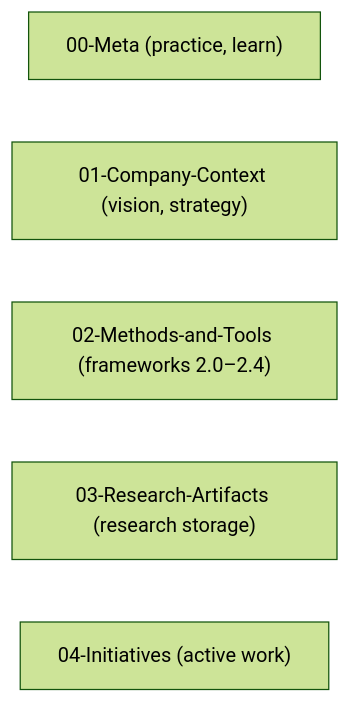
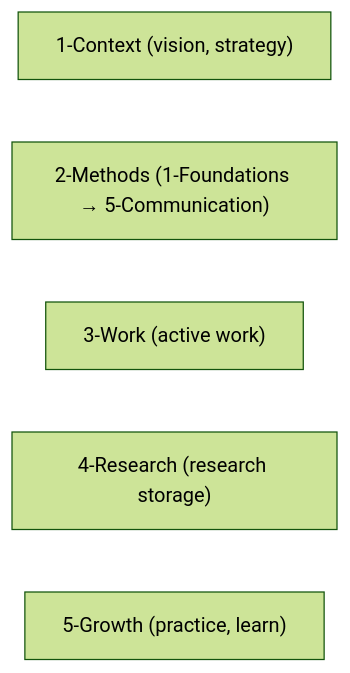
One commit to andreaskelm/pm-brain changed the fourth of 9 diagrams in docs/architecture.md. Above: the diagram before and after it, drawn with Mermaid (forest theme). The commit also changed other lines of this file and 644 other files, not shown here.

````diff
--- a/docs/architecture.md
+++ b/docs/architecture.md
@@ -187,8 +186,8 @@
 ```mermaid
 flowchart LR
-  Meta["00-Meta (practice, learn)"]
-  Company["01-Company-Context (vision, strategy)"]
-  Methods["02-Methods-and-Tools (frameworks 2.0–2.4)"]
-  Research["03-Research-Artifacts (research storage)"]
-  Initiatives["04-Initiatives (active work)"]
+  C1["1-Context (vision, strategy)"]
+  C2["2-Methods (1-Foundations → 5-Communication)"]
+  C3["3-Work (active work)"]
+  C4["4-Research (research storage)"]
+  C5["5-Growth (practice, learn)"]
 ```
````
